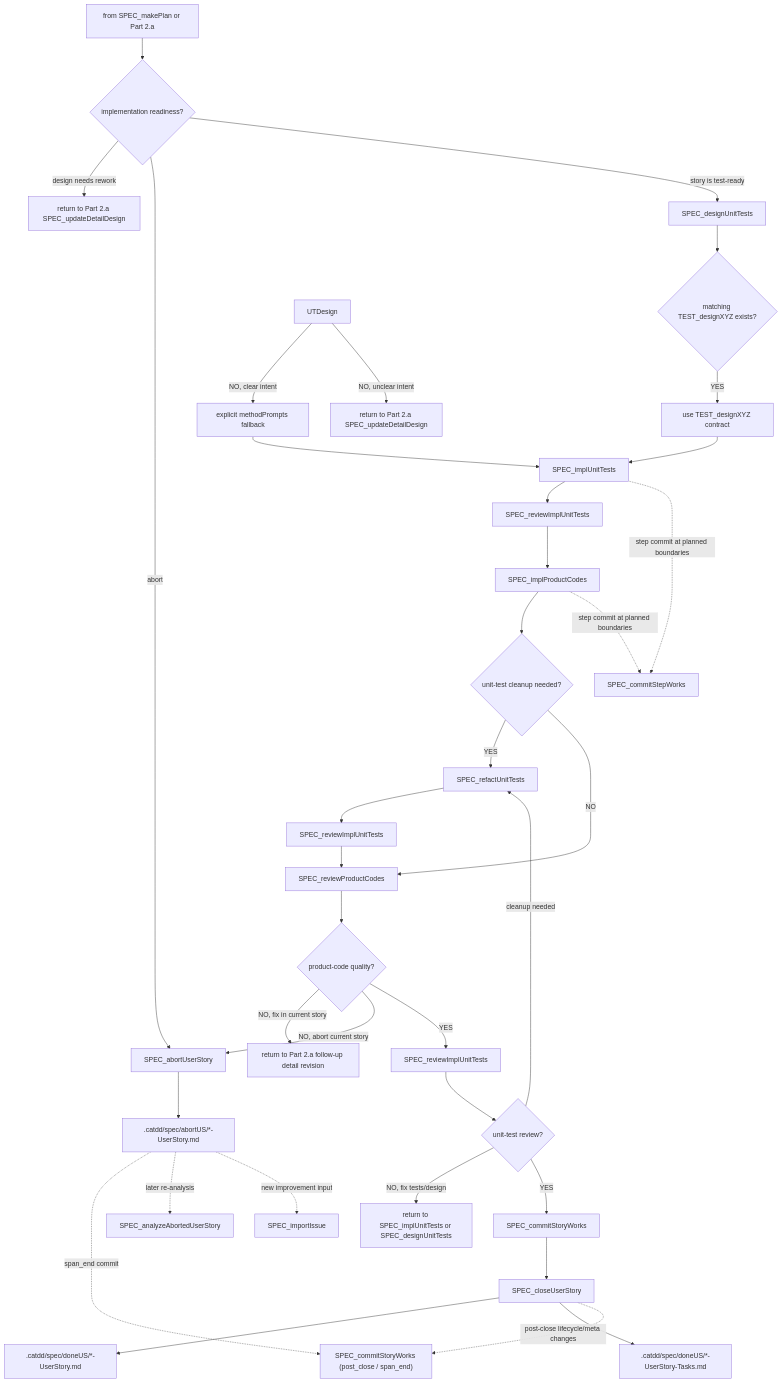
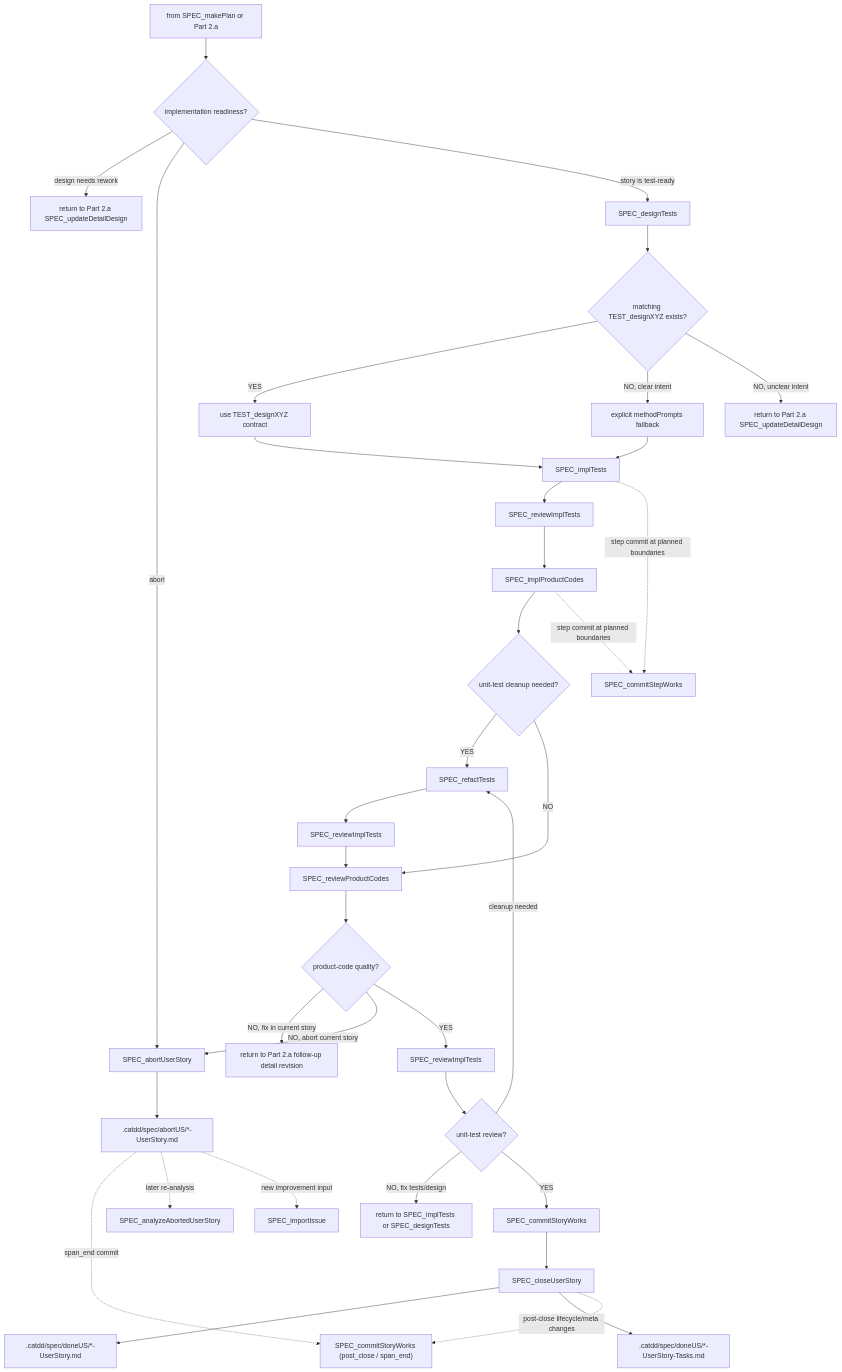
The third of 3 diagrams in slashCommands/flows/Px-SpecFlow.md (EnigmaWU/MyCaTDD), drawn with Mermaid before and after one commit. The commit also changed other lines of this file and 57 other files, not shown here.

First line of the commit message:
Align SpecFlow test commands and adapters with TEST naming

````diff
--- a/slashCommands/flows/Px-SpecFlow.md
+++ b/slashCommands/flows/Px-SpecFlow.md
@@ -403,40 +403,40 @@
 ```mermaid
 flowchart TB
     Part2b["from SPEC_makePlan or Part 2.a"] --> ImplementationChoice{"implementation readiness?"}
     ImplementationChoice -- "design needs rework" --> ReviewStoryRef["return to Part 2.a SPEC_updateDetailDesign"]
     ImplementationChoice -- "abort" --> Abort2b["SPEC_abortUserStory"]
-    ImplementationChoice -- "story is test-ready" --> DesignTests["SPEC_designUnitTests"]
+    ImplementationChoice -- "story is test-ready" --> DesignTests["SPEC_designTests"]
 
     DesignTests --> TESTDesign{"matching TEST_designXYZ exists?"}
     TESTDesign -- "YES" --> CategoryDesign["use TEST_designXYZ contract"]
-    UTDesign -- "NO, clear intent" --> MethodFallback["explicit methodPrompts fallback"]
-    UTDesign -- "NO, unclear intent" --> DetailGap["return to Part 2.a SPEC_updateDetailDesign"]
-    CategoryDesign --> ImplTests["SPEC_implUnitTests"]
+    TESTDesign -- "NO, clear intent" --> MethodFallback["explicit methodPrompts fallback"]
+    TESTDesign -- "NO, unclear intent" --> DetailGap["return to Part 2.a SPEC_updateDetailDesign"]
+    CategoryDesign --> ImplTests["SPEC_implTests"]
     MethodFallback --> ImplTests
-    ImplTests --> ReviewImplTests["SPEC_reviewImplUnitTests"]
+    ImplTests --> ReviewImplTests["SPEC_reviewImplTests"]
     ReviewImplTests --> ImplCode["SPEC_implProductCodes"]
     ImplCode --> RefactTests{"unit-test cleanup needed?"}
-    RefactTests -- "YES" --> RefactUnitTests["SPEC_refactUnitTests"]
-    RefactUnitTests --> ReviewImplTestsAfterRefactor["SPEC_reviewImplUnitTests"]
+    RefactTests -- "YES" --> RefactTestsCommand["SPEC_refactTests"]
+    RefactTestsCommand --> ReviewImplTestsAfterRefactor["SPEC_reviewImplTests"]
     ReviewImplTestsAfterRefactor --> ReviewCode["SPEC_reviewProductCodes"]
     RefactTests -- "NO" --> ReviewCode
     ReviewCode --> QualityCode{"product-code quality?"}
 
     QualityCode -- "NO, fix in current story" --> DesignRework["return to Part 2.a follow-up detail revision"]
     QualityCode -- "NO, abort current story" --> Abort2b
-    QualityCode -- "YES" --> ReviewImplTestsAfterProductCode["SPEC_reviewImplUnitTests"]
+    QualityCode -- "YES" --> ReviewImplTestsAfterProductCode["SPEC_reviewImplTests"]
     ReviewImplTestsAfterProductCode --> UnitTestQuality{"unit-test review?"}
-    UnitTestQuality -- "NO, fix tests/design" --> TestRework["return to SPEC_implUnitTests or SPEC_designUnitTests"]
-    UnitTestQuality -- "cleanup needed" --> RefactUnitTests
+    UnitTestQuality -- "NO, fix tests/design" --> TestRework["return to SPEC_implTests or SPEC_designTests"]
+    UnitTestQuality -- "cleanup needed" --> RefactTestsCommand
     UnitTestQuality -- "YES" --> Commit["SPEC_commitStoryWorks"]
     Commit --> Close["SPEC_closeUserStory"]
     ImplTests -. "step commit at planned boundaries" .-> StepCommit["SPEC_commitStepWorks"]
     ImplCode -. "step commit at planned boundaries" .-> StepCommit
     Close --> Done[".catdd/spec/doneUS/*-UserStory.md"]
     Close --> DoneTasks[".catdd/spec/doneUS/*-UserStory-Tasks.md"]
     Close -. "post-close lifecycle/meta changes" .-> CommitFinalize["SPEC_commitStoryWorks (post_close / span_end)"]
     Abort2b --> AbortUS2b[".catdd/spec/abortUS/*-UserStory.md"]
     AbortUS2b -. "span_end commit" .-> CommitFinalize
     AbortUS2b -. "later re-analysis" .-> AnalyzeAbort2b["SPEC_analyzeAbortedUserStory"]
     AbortUS2b -. "new improvement input" .-> ImportIssue2b["SPEC_importIssue"]
 ```
````
